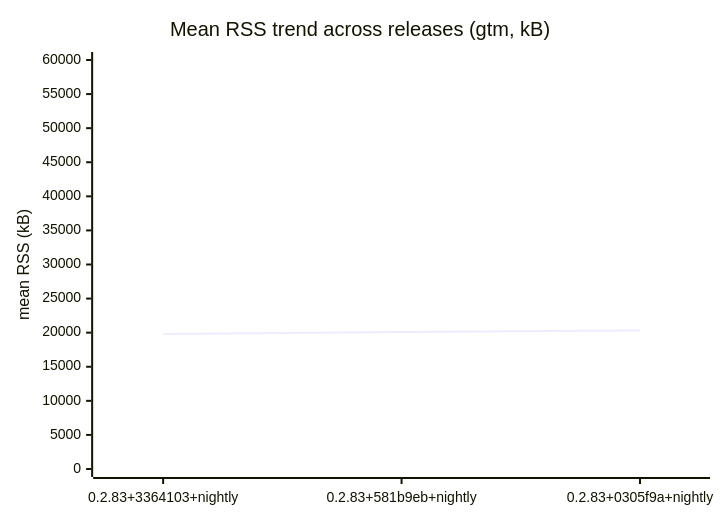
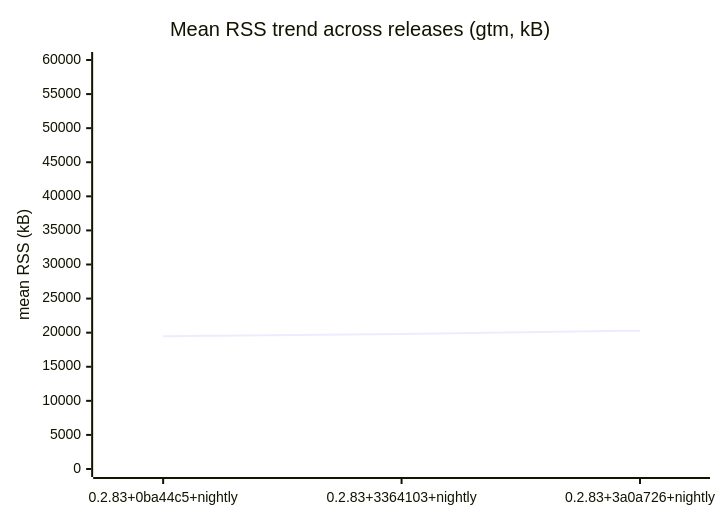
One commit to prjctimg/gtm.rs changed the second of 3 diagrams in BENCHMARK.md. Above: the diagram before and after it, drawn with Mermaid. The commit also changed other lines of this file and 1 other file, not shown here.

Commit message:
bench: results for 0.2.83+3a0a726+nightly [skip nightly]

````diff
--- a/BENCHMARK.md
+++ b/BENCHMARK.md
@@ -37,7 +37,7 @@
 ```mermaid
 xychart-beta
   title "Mean RSS trend across releases (gtm, kB)"
-  x-axis [0.2.83+3364103+nightly, 0.2.83+581b9eb+nightly, 0.2.83+0305f9a+nightly]
+  x-axis [0.2.83+0ba44c5+nightly, 0.2.83+3364103+nightly, 0.2.83+3a0a726+nightly]
   y-axis "mean RSS (kB)" 0 --> 60000
-  line [19817,20097,20333]
+  line [19469,19817,20293]
 ```
````
